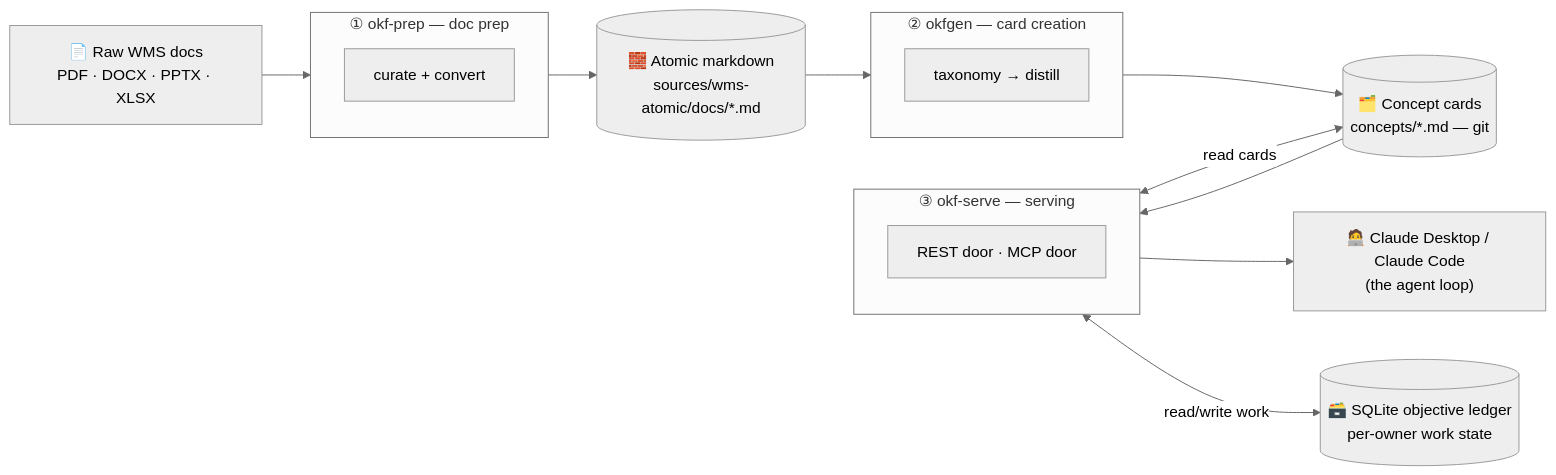
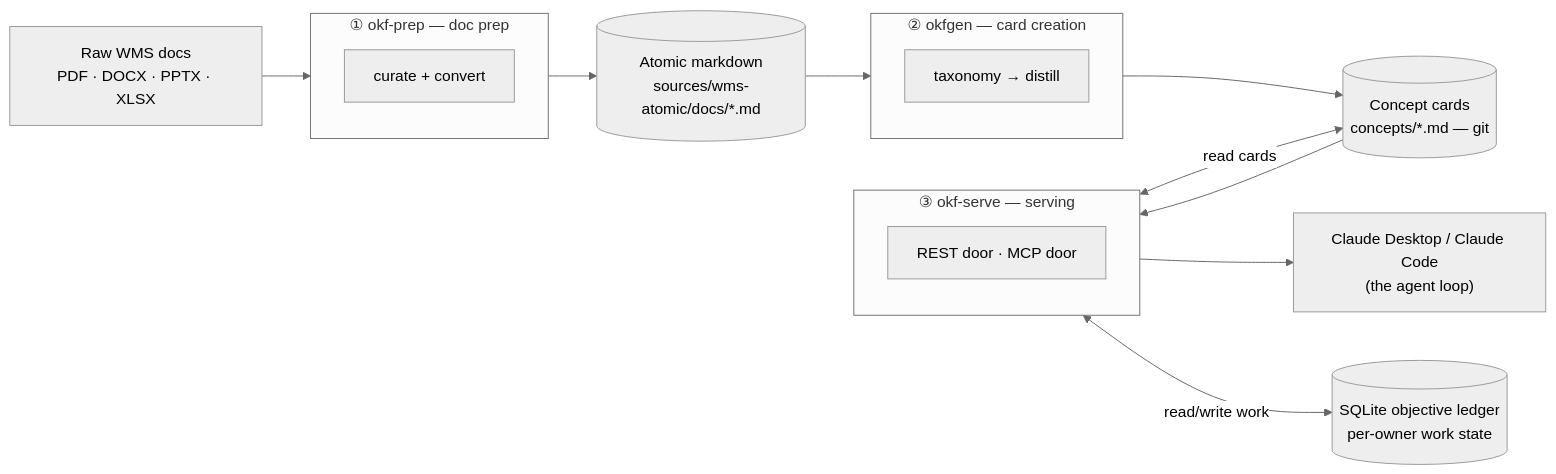
Before and after one commit to voyagerforge-dev/hive-intelligence: the first of 9 diagrams in knowledge/okf/docs/OKF-Pipeline.md, drawn with Mermaid (neutral theme). The commit also changed other lines of this file, not shown here.

````diff
--- a/knowledge/okf/docs/OKF-Pipeline.md
+++ b/knowledge/okf/docs/OKF-Pipeline.md
@@ -49,30 +46,30 @@
 ```mermaid
 flowchart LR
-    raw["📄 Raw WMS docs<br/>PDF · DOCX · PPTX · XLSX"]
+    raw["Raw WMS docs<br/>PDF · DOCX · PPTX · XLSX"]
 
     subgraph P["① okf-prep — doc prep"]
         direction TB
         p1[curate + convert]
     end
 
-    atomic[("🧱 Atomic markdown<br/>sources/wms-atomic/docs/*.md")]
+    atomic[("Atomic markdown<br/>sources/wms-atomic/docs/*.md")]
 
     subgraph G["② okfgen — card creation"]
         direction TB
         g1[taxonomy → distill]
     end
 
-    cards[("🗂️ Concept cards<br/>concepts/*.md — git")]
+    cards[("Concept cards<br/>concepts/*.md — git")]
 
     subgraph S["③ okf-serve — serving"]
         direction TB
         s1[REST door · MCP door]
     end
 
-    claude["🧑‍💻 Claude Desktop / Claude Code<br/>(the agent loop)"]
-    ledger[("🗃️ SQLite objective ledger<br/>per-owner work state")]
+    claude["Claude Desktop / Claude Code<br/>(the agent loop)"]
+    ledger[("SQLite objective ledger<br/>per-owner work state")]
 
     raw --> P --> atomic --> G --> cards --> S --> claude
     S <-->|read cards| cards
     S <-->|read/write work| ledger
 ```
````
